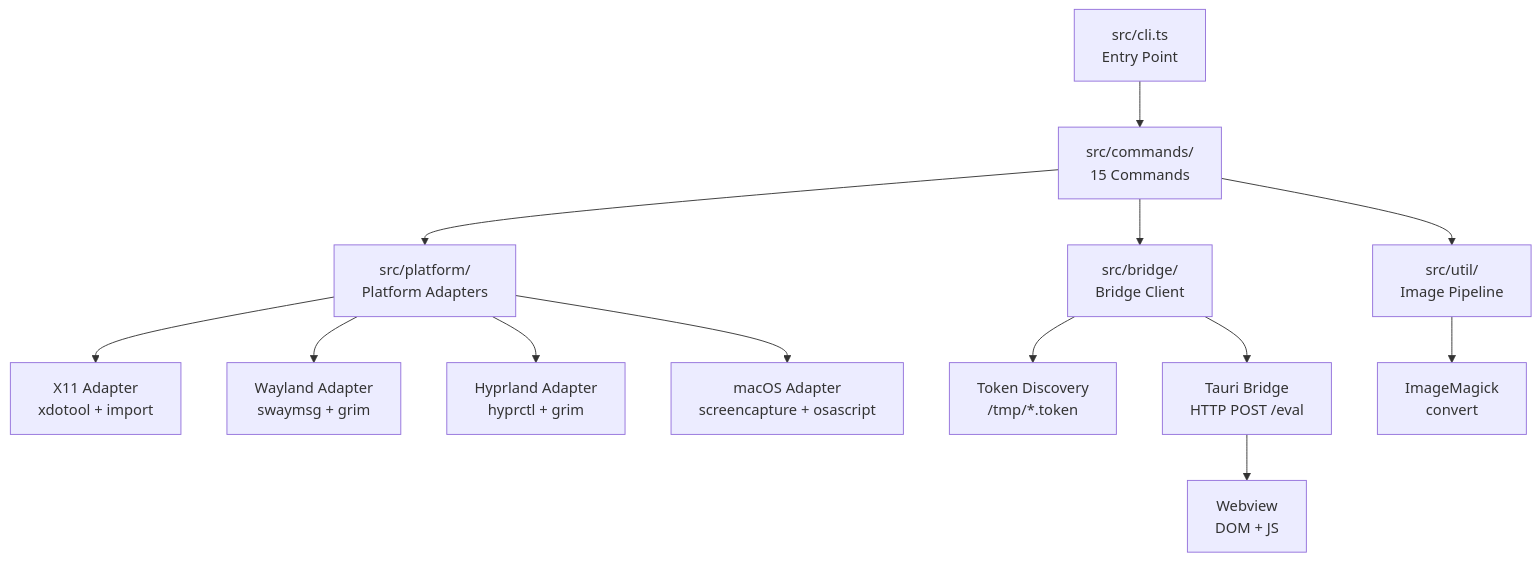
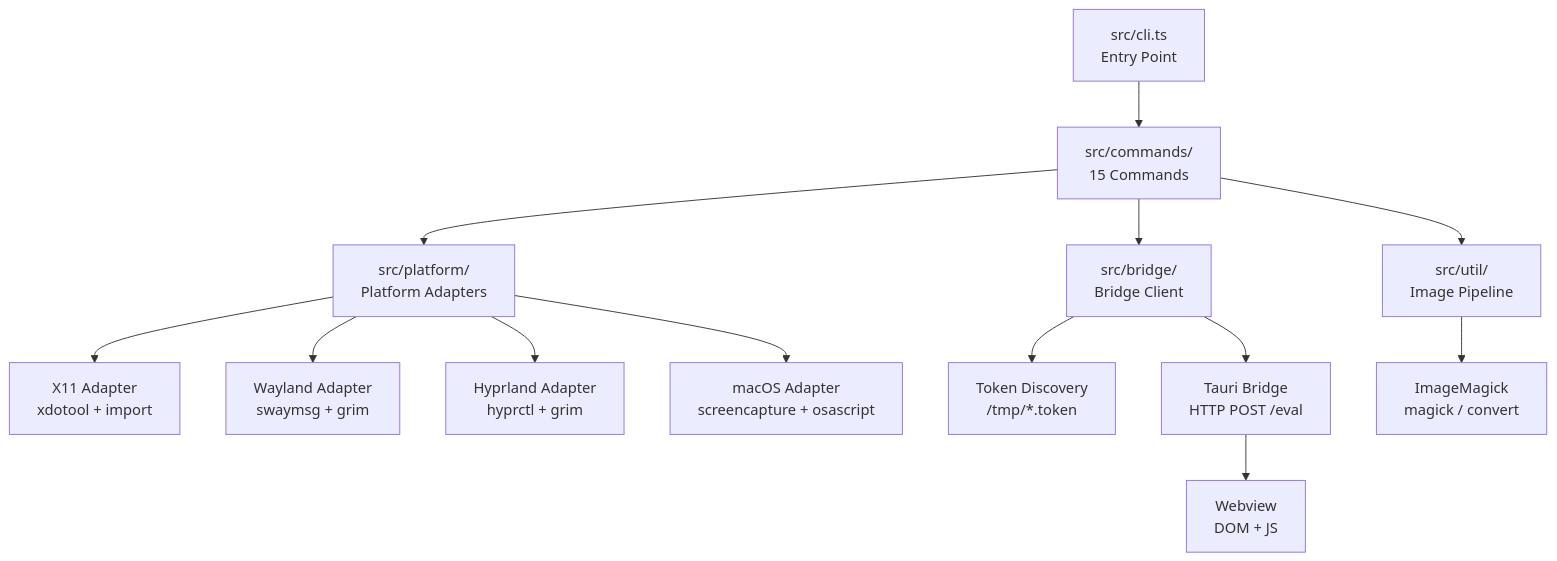
The diagram in docs/architecture/overview.md (cesarandreslopez/tauri-agent-tools), drawn with Mermaid before and after one commit. The commit also changed other lines of this file and 22 other files, not shown here.

````diff
--- a/docs/architecture/overview.md
+++ b/docs/architecture/overview.md
@@ -5,15 +5,15 @@
 ```mermaid
 graph TD
     CLI[src/cli.ts<br/>Entry Point] --> CMD[src/commands/<br/>15 Commands]
     CMD --> PA[src/platform/<br/>Platform Adapters]
     CMD --> BC[src/bridge/<br/>Bridge Client]
     PA --> X11[X11 Adapter<br/>xdotool + import]
     PA --> WL[Wayland Adapter<br/>swaymsg + grim]
     PA --> HY[Hyprland Adapter<br/>hyprctl + grim]
     PA --> MAC[macOS Adapter<br/>screencapture + osascript]
     BC --> TD[Token Discovery<br/>/tmp/*.token]
     BC --> BR[Tauri Bridge<br/>HTTP POST /eval]
     BR --> WV[Webview<br/>DOM + JS]
     CMD --> IMG[src/util/<br/>Image Pipeline]
-    IMG --> IM[ImageMagick<br/>convert]
+    IMG --> IM[ImageMagick<br/>magick / convert]
 ```
````
